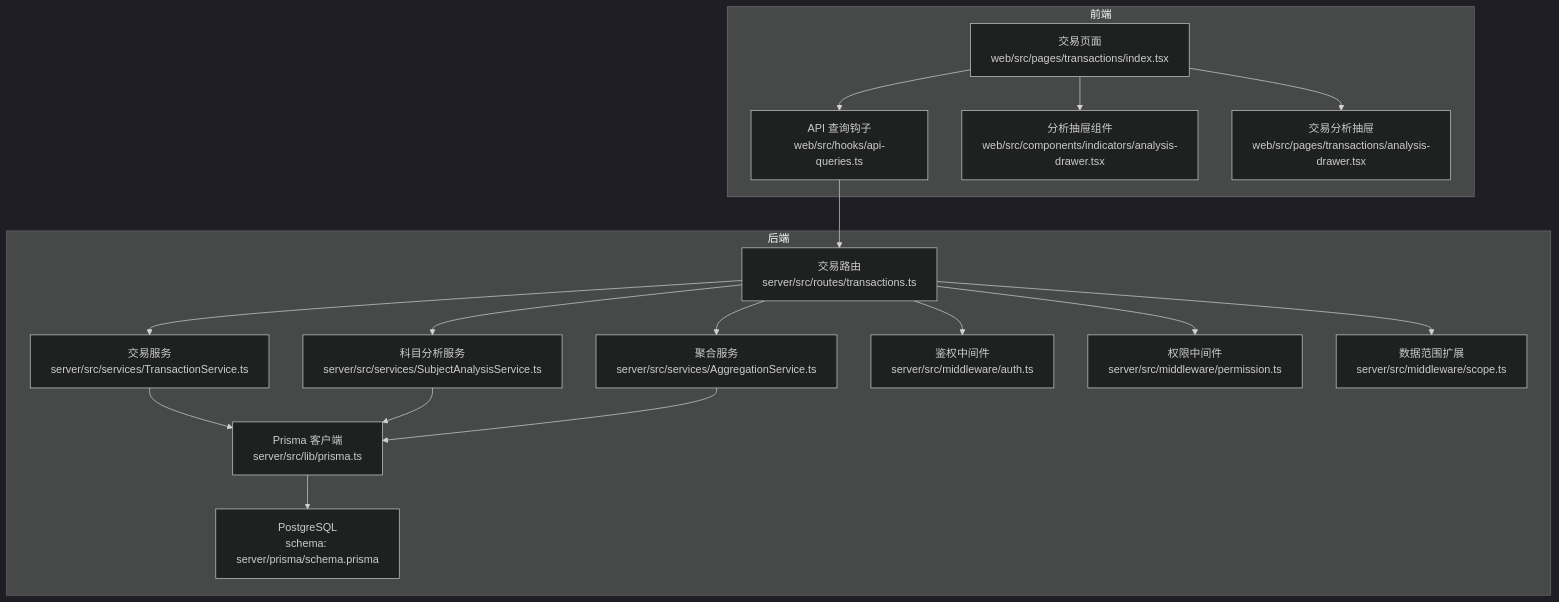
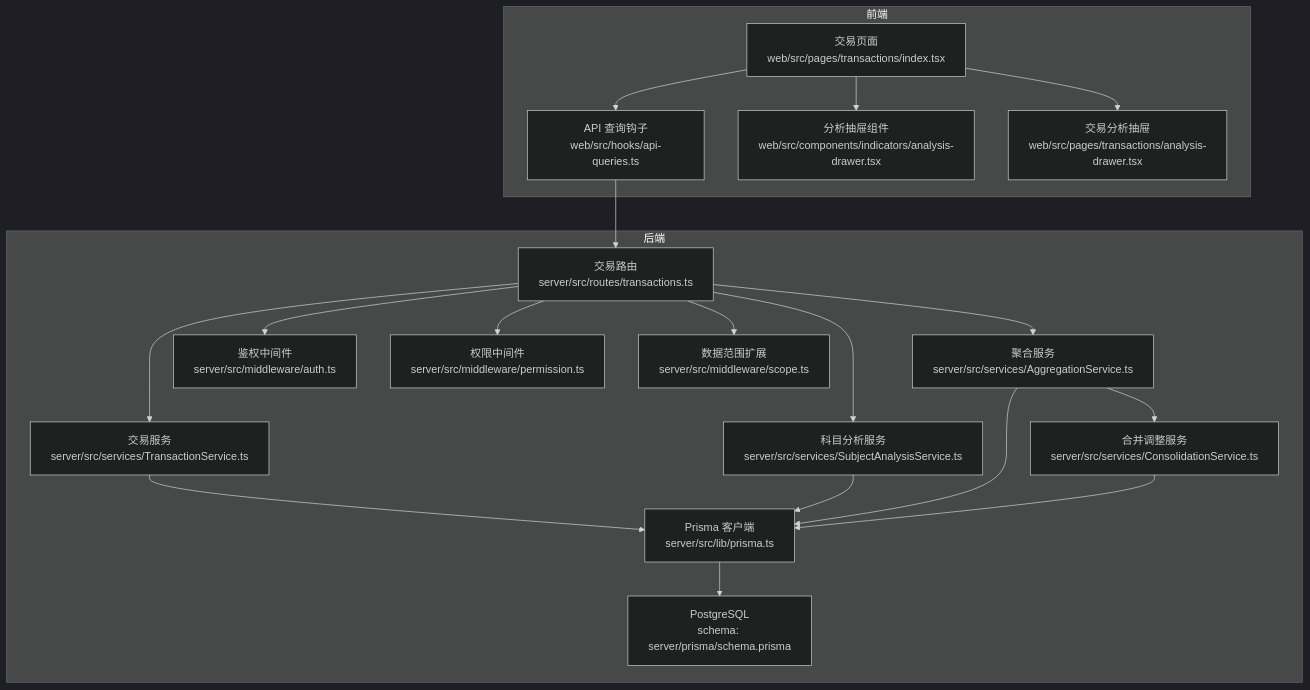
Before and after one commit to Damao997/newproject: the first of 12 diagrams in .qoder/repowiki/zh/content/核心模块/交易分析模块.md, drawn with Mermaid (dark theme). The commit also changed other lines of this file and 27 other files, not shown here.

````diff
--- a/.qoder/repowiki/zh/content/核心模块/交易分析模块.md
+++ b/.qoder/repowiki/zh/content/核心模块/交易分析模块.md
@@ -50,34 +53,37 @@
 ```mermaid
 graph TB
 subgraph "前端"
 FE_Page["交易页面<br/>web/src/pages/transactions/index.tsx"]
 FE_Hooks["API 查询钩子<br/>web/src/hooks/api-queries.ts"]
 FE_Drawer["分析抽屉组件<br/>web/src/components/indicators/analysis-drawer.tsx"]
 FE_TxnDrawer["交易分析抽屉<br/>web/src/pages/transactions/analysis-drawer.tsx"]
 end
 subgraph "后端"
 BE_Route["交易路由<br/>server/src/routes/transactions.ts"]
 BE_Service["交易服务<br/>server/src/services/TransactionService.ts"]
 BE_SubjectSvc["科目分析服务<br/>server/src/services/SubjectAnalysisService.ts"]
 BE_AggrSvc["聚合服务<br/>server/src/services/AggregationService.ts"]
+BE_ConsSvc["合并调整服务<br/>server/src/services/ConsolidationService.ts"]
 BE_MW_Auth["鉴权中间件<br/>server/src/middleware/auth.ts"]
 BE_MW_Permission["权限中间件<br/>server/src/middleware/permission.ts"]
 BE_MW_Scope["数据范围扩展<br/>server/src/middleware/scope.ts"]
 BE_Prisma["Prisma 客户端<br/>server/src/lib/prisma.ts"]
 DB["PostgreSQL<br/>schema: server/prisma/schema.prisma"]
 end
 FE_Page --> FE_Hooks
 FE_Page --> FE_Drawer
 FE_Page --> FE_TxnDrawer
 FE_Hooks --> BE_Route
 BE_Route --> BE_MW_Auth
 BE_Route --> BE_MW_Permission
 BE_Route --> BE_MW_Scope
 BE_Route --> BE_Service
 BE_Route --> BE_SubjectSvc
 BE_Route --> BE_AggrSvc
+BE_AggrSvc --> BE_ConsSvc
 BE_Service --> BE_Prisma
 BE_SubjectSvc --> BE_Prisma
 BE_AggrSvc --> BE_Prisma
+BE_ConsSvc --> BE_Prisma
 BE_Prisma --> DB
 ```
````
